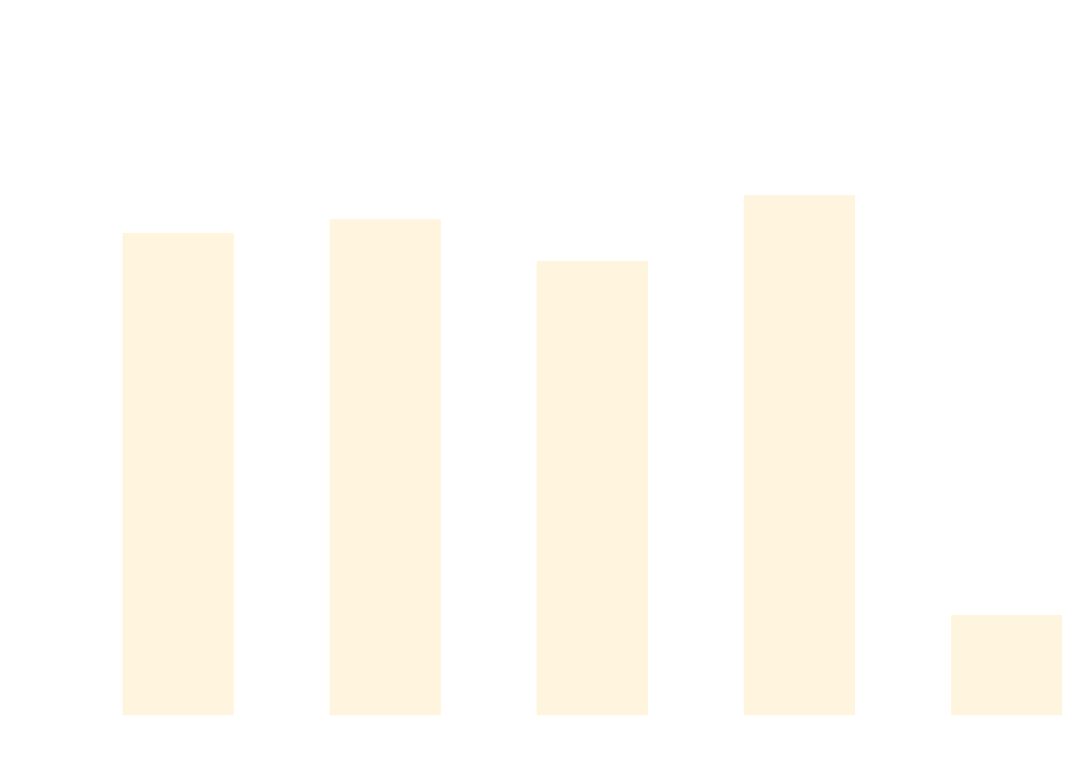
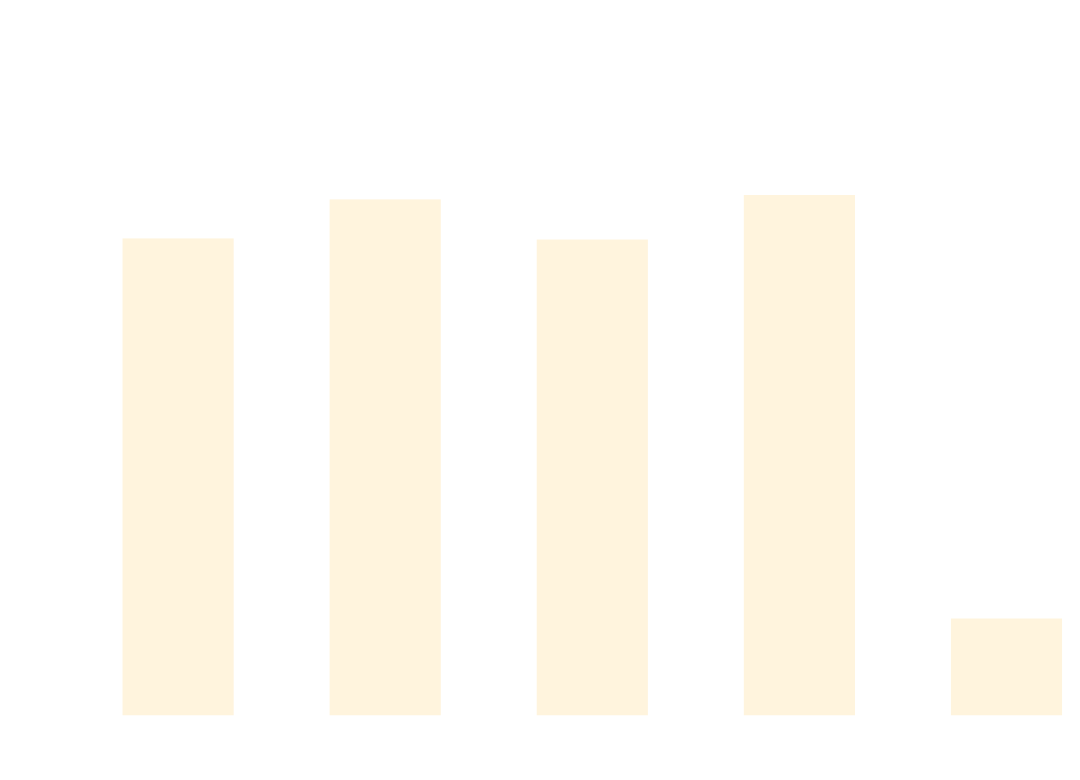
Before and after one commit to thomhurst/TUnit: the diagram in docs/docs/benchmarks/AsyncTests.md, drawn with Mermaid. The commit also changed other lines of this file and 16 other files, not shown here.

````diff
--- a/docs/docs/benchmarks/AsyncTests.md
+++ b/docs/docs/benchmarks/AsyncTests.md
@@ -27,37 +27,37 @@
 ```mermaid
 %%{init: {
   'theme':'base',
   'themeVariables': {
     'primaryColor': '#2563eb',
     'primaryTextColor': '#ffffff',
     'primaryBorderColor': '#1e40af',
     'lineColor': '#6b7280',
     'secondaryColor': '#7c3aed',
     'tertiaryColor': '#dc2626',
     'background': '#ffffff',
     'mainBkg': '#2563eb',
     'secondBkg': '#7c3aed',
     'tertiaryBkg': '#dc2626',
     'clusterBkg': '#f3f4f6',
     'edgeLabelBackground': '#ffffff',
     'tertiaryTextColor': '#1f2937',
     'pie1': '#2563eb',
     'pie2': '#7c3aed',
     'pie3': '#dc2626',
     'pie4': '#f59e0b',
     'pie5': '#10b981',
     'pie6': '#06b6d4',
     'pie7': '#ec4899',
     'pie8': '#6366f1',
     'pie9': '#84cc16',
     'pie10': '#f97316',
     'pie11': '#14b8a6',
     'pie12': '#a855f7'
   }
 }}%%
 xychart-beta
   title "AsyncTests Performance Comparison"
   x-axis ["TUnit", "NUnit", "MSTest", "xUnit3", "TUnit_AOT"]
-  y-axis "Time (ms)" 0 --> 853
-  bar [657.6, 676.6, 618.3, 710.5, 123.7]
+  y-axis "Time (ms)" 0 --> 890
+  bar [678, 734.9, 676.4, 741.3, 123.9]
 ```
````
